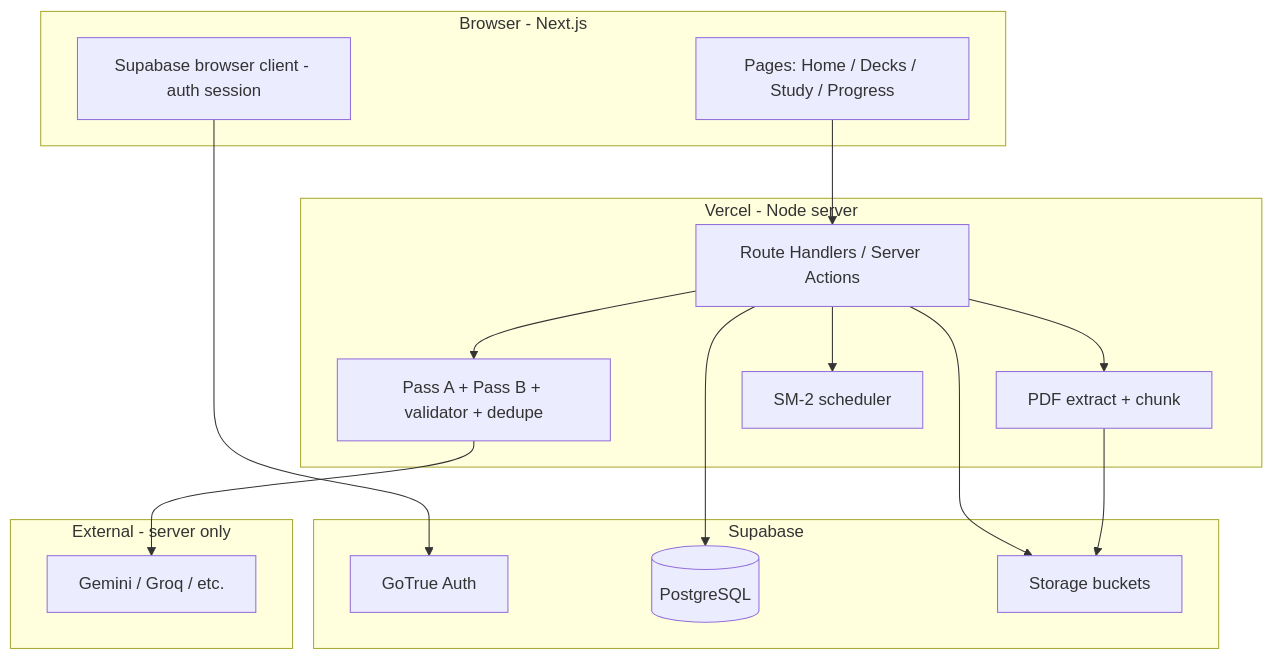
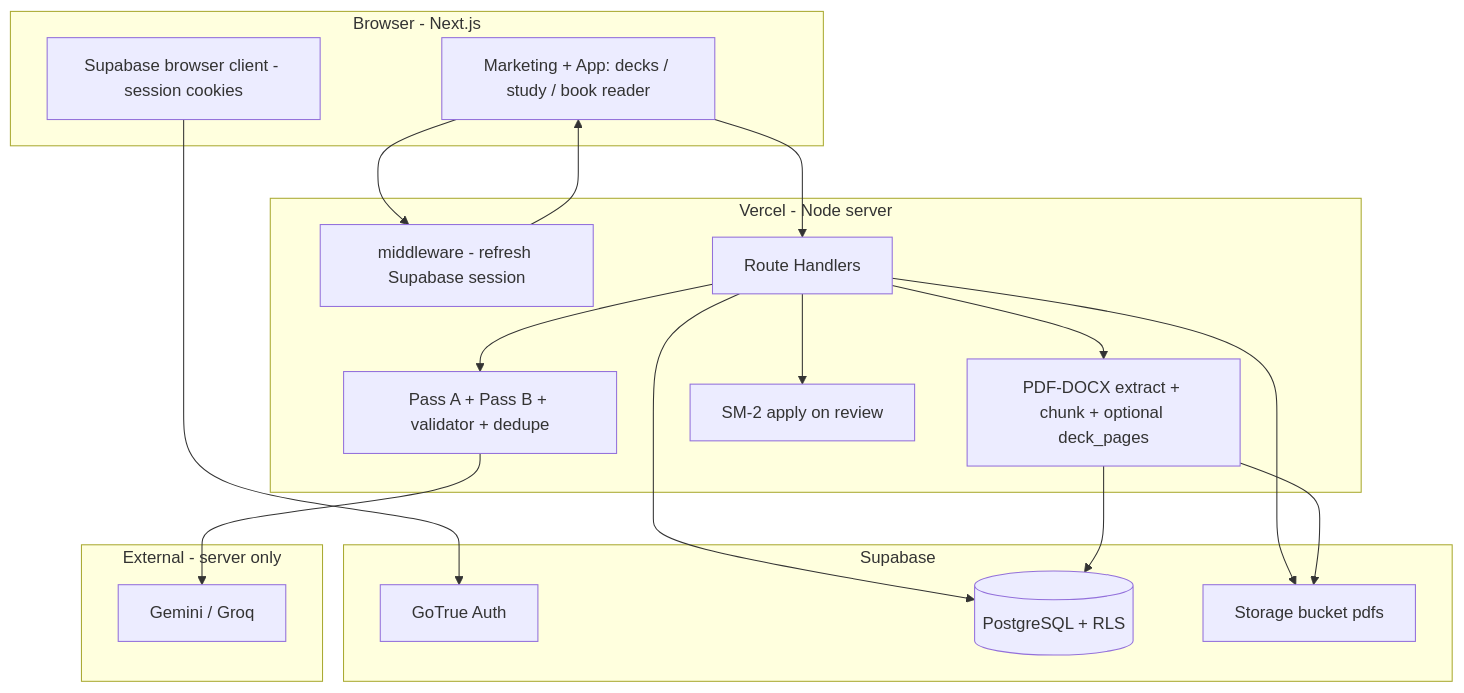
Before and after one commit to khushi-o/flashgenius: the first of 2 diagrams in docs/ARCHITECTURE.md, drawn with Mermaid. The commit also changed other lines of this file, not shown here.

First line of the commit message:
docs: refresh architecture for current app and migrations

````diff
--- a/docs/ARCHITECTURE.md
+++ b/docs/ARCHITECTURE.md
@@ -20,30 +22,34 @@
 ```mermaid
 flowchart TB
   subgraph client [Browser - Next.js]
-    UI[Pages: Home / Decks / Study / Progress]
-    SB_CLIENT[Supabase browser client - auth session]
+    UI[Marketing + App: decks / study / book reader]
+    SB_CLIENT[Supabase browser client - session cookies]
   end
   subgraph vercel [Vercel - Node server]
-    API[Route Handlers / Server Actions]
-    PDF[PDF extract + chunk]
+    MW[middleware - refresh Supabase session]
+    API[Route Handlers]
+    ING[PDF-DOCX extract + chunk + optional deck_pages]
     GEN[Pass A + Pass B + validator + dedupe]
-    SRS[SM-2 scheduler]
+    SRS[SM-2 apply on review]
   end
   subgraph supa [Supabase]
     AUTH[GoTrue Auth]
-    PG[(PostgreSQL)]
-    STOR[Storage buckets]
+    PG[(PostgreSQL + RLS)]
+    STOR[Storage bucket pdfs]
   end
   subgraph external [External - server only]
-    LLM[Gemini / Groq / etc.]
+    LLM[Gemini / Groq]
   end
+  UI --> MW
+  MW --> UI
   UI --> API
   SB_CLIENT --> AUTH
-  API --> PDF
+  API --> ING
   API --> GEN
   GEN --> LLM
   API --> SRS
   API --> PG
   API --> STOR
-  PDF --> STOR
+  ING --> STOR
+  ING --> PG
 ```
````
